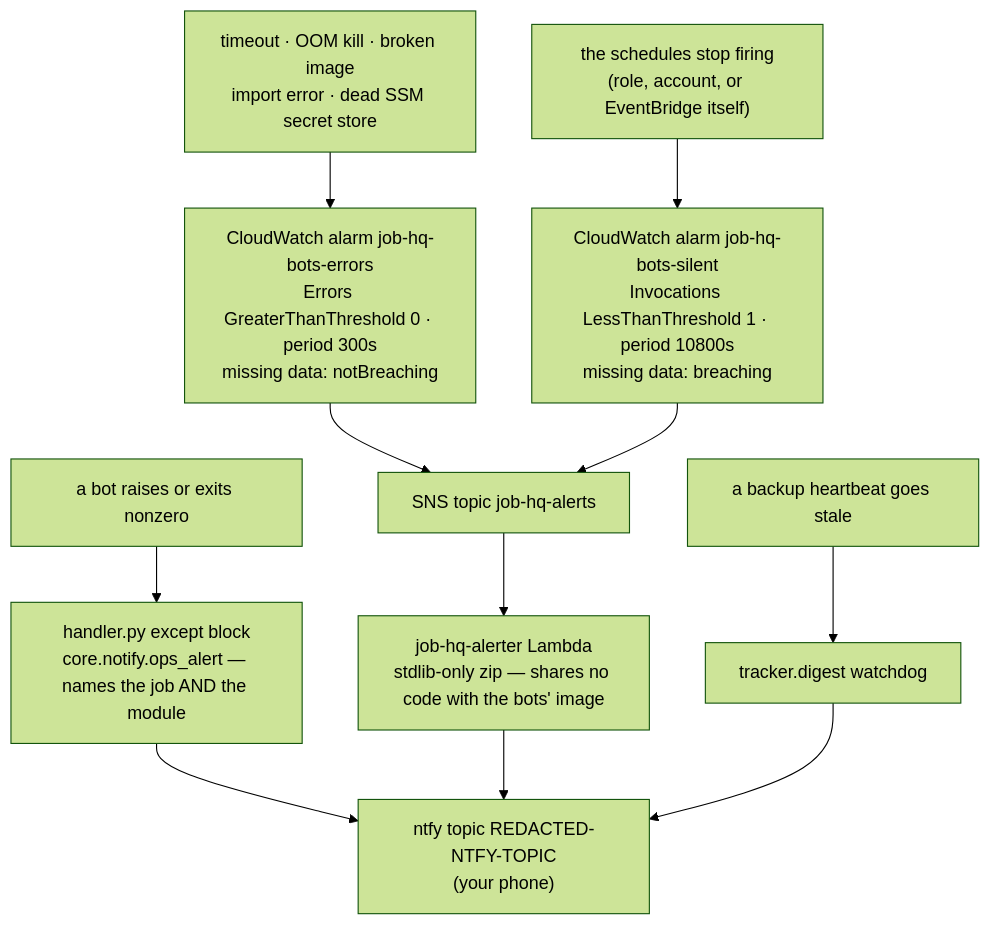
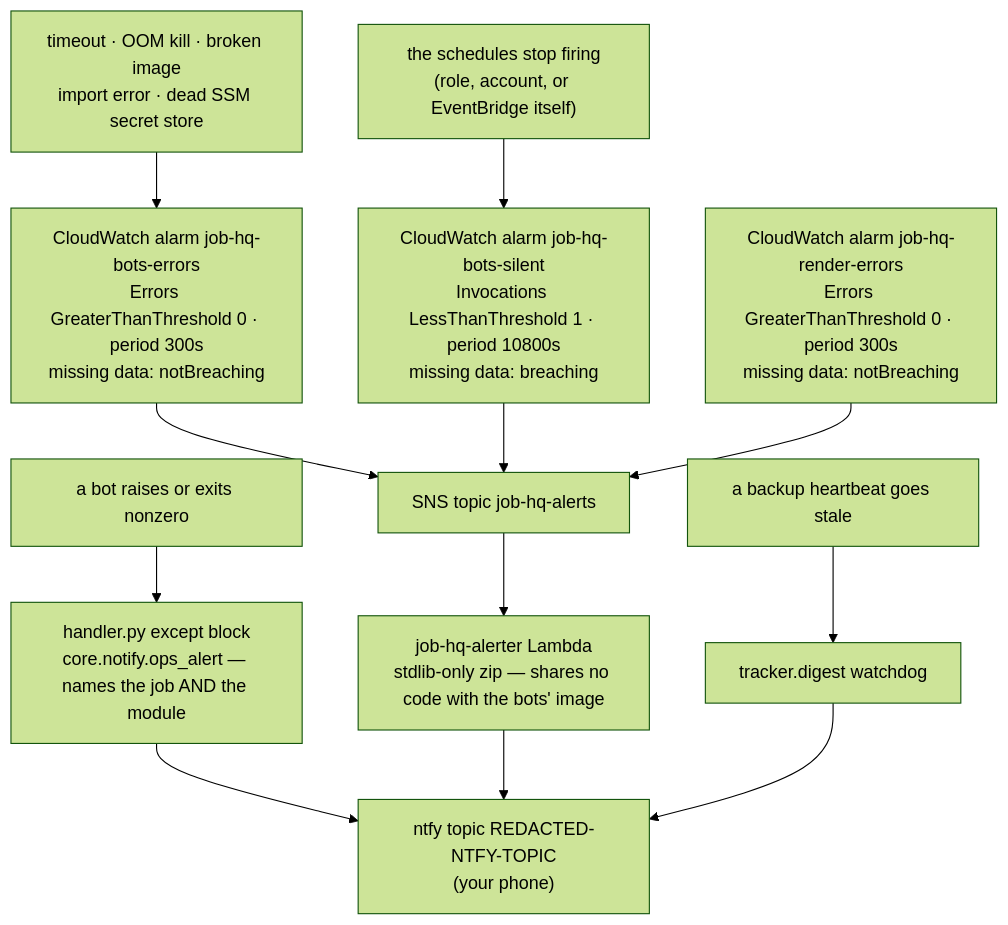
Before and after one commit to s0shaheen/job-hq: the second of 2 diagrams in docs/SYSTEM.md, drawn with Mermaid (forest theme). The commit also changed other lines of this file and 35 other files, not shown here.

````diff
--- a/docs/SYSTEM.md
+++ b/docs/SYSTEM.md
@@ -281,13 +281,14 @@
 ```mermaid
 flowchart TD
     BOT["a bot raises or exits nonzero"] --> H["handler.py except block<br/>core.notify.ops_alert — names the job AND the module"]
     KILL["timeout · OOM kill · broken image<br/>import error · dead SSM secret store"] --> A1
     DEAD["the schedules stop firing<br/>(role, account, or EventBridge itself)"] --> A2
     A1["CloudWatch alarm job-hq-bots-errors<br/>Errors GreaterThanThreshold 0 · period 300s<br/>missing data: notBreaching"] --> SNS
     A2["CloudWatch alarm job-hq-bots-silent<br/>Invocations LessThanThreshold 1 · period 10800s<br/>missing data: breaching"] --> SNS
+    A3["CloudWatch alarm job-hq-render-errors<br/>Errors GreaterThanThreshold 0 · period 300s<br/>missing data: notBreaching"] --> SNS
     SNS["SNS topic job-hq-alerts"] --> AL["job-hq-alerter Lambda<br/>stdlib-only zip — shares no code with the bots' image"]
     STALE["a backup heartbeat goes stale"] --> DG["tracker.digest watchdog"]
     H --> NTFY["ntfy topic REDACTED-NTFY-TOPIC<br/>(your phone)"]
     AL --> NTFY
     DG --> NTFY
 ```
````
